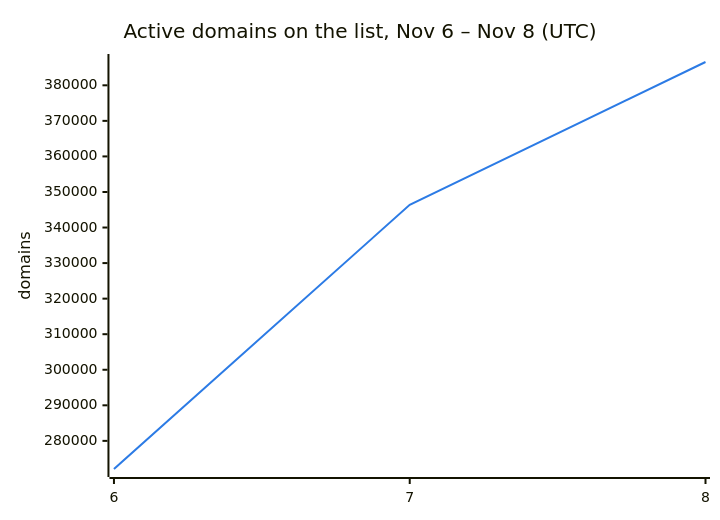
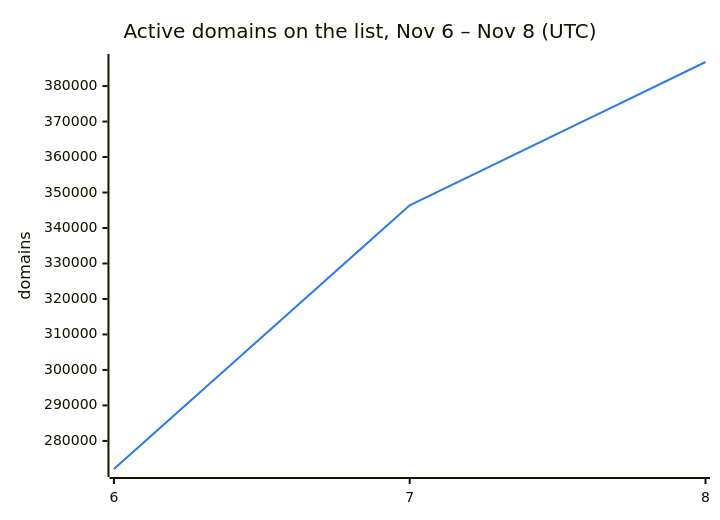
One commit to DNSBunker/CTI changed the second of 3 diagrams in README.md. Above: the diagram before and after it, drawn with Mermaid. The commit also changed other lines of this file and 3 other files, not shown here.

````diff
--- a/README.md
+++ b/README.md
@@ -38,8 +38,8 @@
 ```mermaid
 %%{init: {"themeVariables": {"xyChart": {"plotColorPalette": "#2c7be5"}}}}%%
 xychart-beta
     title "Active domains on the list, Nov 6 – Nov 8 (UTC)"
     x-axis ["6", "7", "8"]
     y-axis "domains"
-    line [272088, 346388, 386555]
+    line [272088, 346388, 386776]
 ```
````
